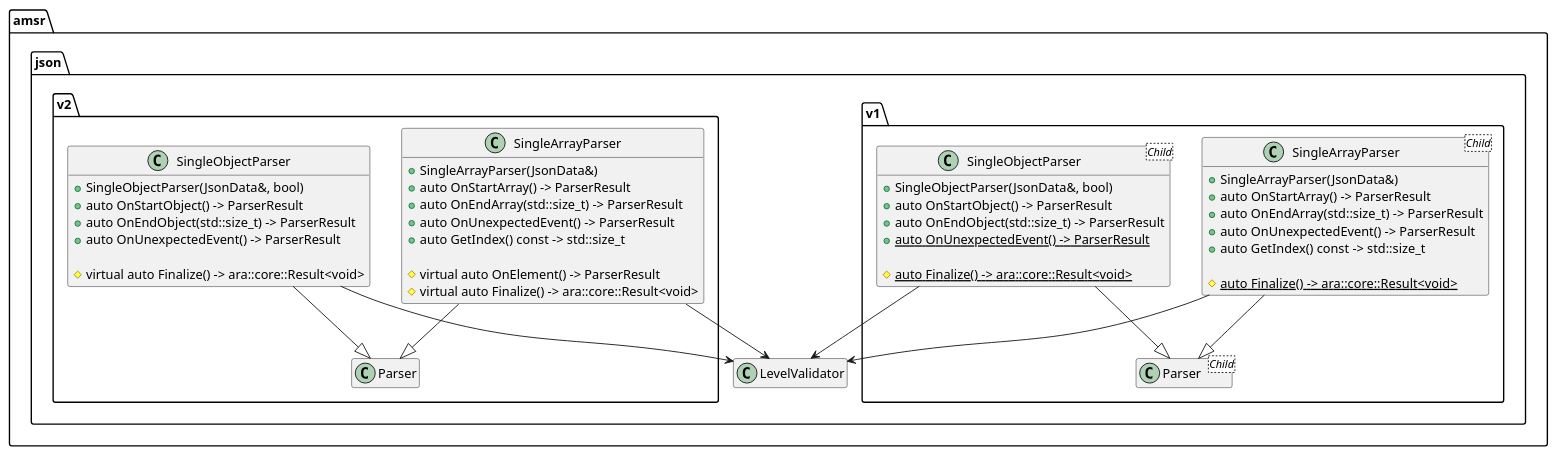
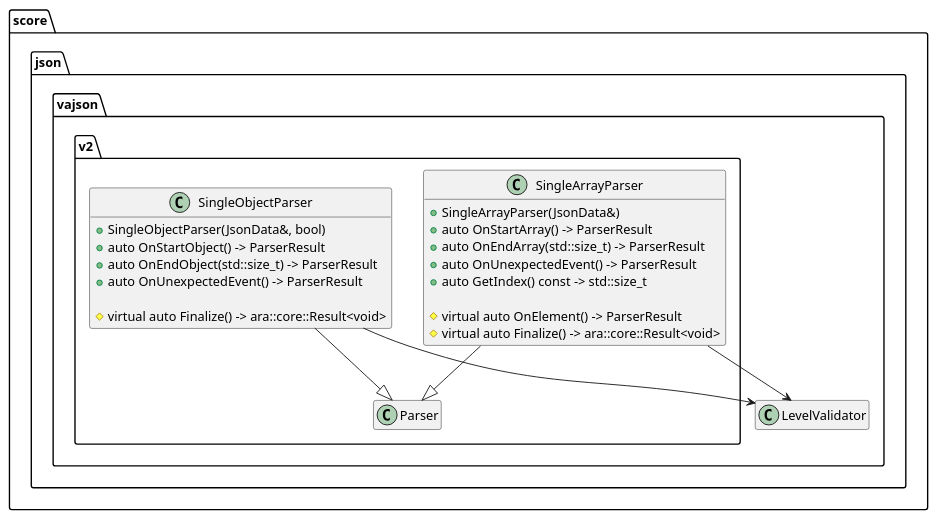
The seventh of 9 diagrams in docs/baselibs/components/json/docs/vajson/design/logical/Reader.rst (eclipse-score/baselibs), drawn with PlantUML before and after one commit. The commit also changed other lines of this file and 5 other files, not shown here.

```diff
--- a/docs/baselibs/components/json/docs/vajson/design/logical/Reader.rst
+++ b/docs/baselibs/components/json/docs/vajson/design/logical/Reader.rst
@@ -534,72 +509,46 @@
 .. uml::
 
     @startuml
     hide empty members
 
-    namespace amsr {
+    namespace score {
       namespace json {
-        namespace v1 {
-          class SingleArrayParser<Child> {
-            + SingleArrayParser(JsonData&)
-            + auto OnStartArray() -> ParserResult
-            + auto OnEndArray(std::size_t) -> ParserResult
-            + auto OnUnexpectedEvent() -> ParserResult
-            + auto GetIndex() const -> std::size_t
-
-            # {static} auto Finalize() -> ara::core::Result<void>
-          }
-
-          class SingleObjectParser<Child> {
-            + SingleObjectParser(JsonData&, bool)
-            + auto OnStartObject() -> ParserResult
-            + auto OnEndObject(std::size_t) -> ParserResult
-            + {static} auto OnUnexpectedEvent() -> ParserResult
-
-            # {static} auto Finalize() -> ara::core::Result<void>
-          }
-
-          class Parser<Child> {}
-
-          SingleArrayParser --|> Parser
-          SingleArrayParser --> amsr.json.LevelValidator
-
-          SingleObjectParser --|> Parser
-          SingleObjectParser --> amsr.json.LevelValidator
-        }
+        namespace vajson {
 
         namespace v2 {
           class SingleArrayParser {
             + SingleArrayParser(JsonData&)
             + auto OnStartArray() -> ParserResult
             + auto OnEndArray(std::size_t) -> ParserResult
             + auto OnUnexpectedEvent() -> ParserResult
             + auto GetIndex() const -> std::size_t
 
             # virtual auto OnElement() -> ParserResult
             # virtual auto Finalize() -> ara::core::Result<void>
           }
 
           class SingleObjectParser {
             + SingleObjectParser(JsonData&, bool)
             + auto OnStartObject() -> ParserResult
             + auto OnEndObject(std::size_t) -> ParserResult
             + auto OnUnexpectedEvent() -> ParserResult
 
             # virtual auto Finalize() -> ara::core::Result<void>
           }
 
           class Parser {}
 
           SingleArrayParser --|> Parser
-          SingleArrayParser --> amsr.json.LevelValidator
+          SingleArrayParser --> score.json.vajson.LevelValidator
 
           SingleObjectParser --|> Parser
-          SingleObjectParser --> amsr.json.LevelValidator
+          SingleObjectParser --> score.json.vajson.LevelValidator
         }
 
         class LevelValidator {}
 
+        }
       }
     }
 
     @enduml
```
